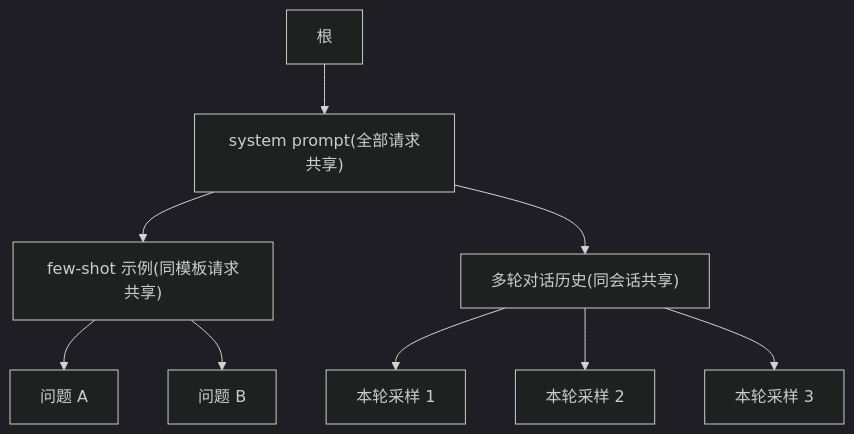
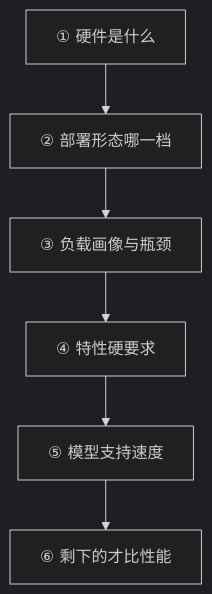
Before and after one commit to ChaoyuWang04/MockInterview: the diagram in knowledge/04-Infra/02-框架与引擎/推理引擎对比.md, drawn with Mermaid (dark theme). The commit also changed other lines of this file and 12 other files, not shown here.

````diff
--- a/knowledge/04-Infra/02-框架与引擎/推理引擎对比.md
+++ b/knowledge/04-Infra/02-框架与引擎/推理引擎对比.md
@@ -69,11 +127,8 @@
 ```mermaid
-graph TD
-    R["根"] --> S["system prompt(全部请求共享)"]
-    S --> F["few-shot 示例(同模板请求共享)"]
-    F --> Q1["问题 A"]
-    F --> Q2["问题 B"]
-    S --> H["多轮对话历史(同会话共享)"]
-    H --> A1["本轮采样 1"]
-    H --> A2["本轮采样 2"]
-    H --> A3["本轮采样 3"]
+flowchart TD
+    A["① 硬件是什么"] --> B["② 部署形态哪一档"]
+    B --> C["③ 负载画像与瓶颈"]
+    C --> D["④ 特性硬要求"]
+    D --> E["⑤ 模型支持速度"]
+    E --> F["⑥ 剩下的才比性能"]
 ```
````
